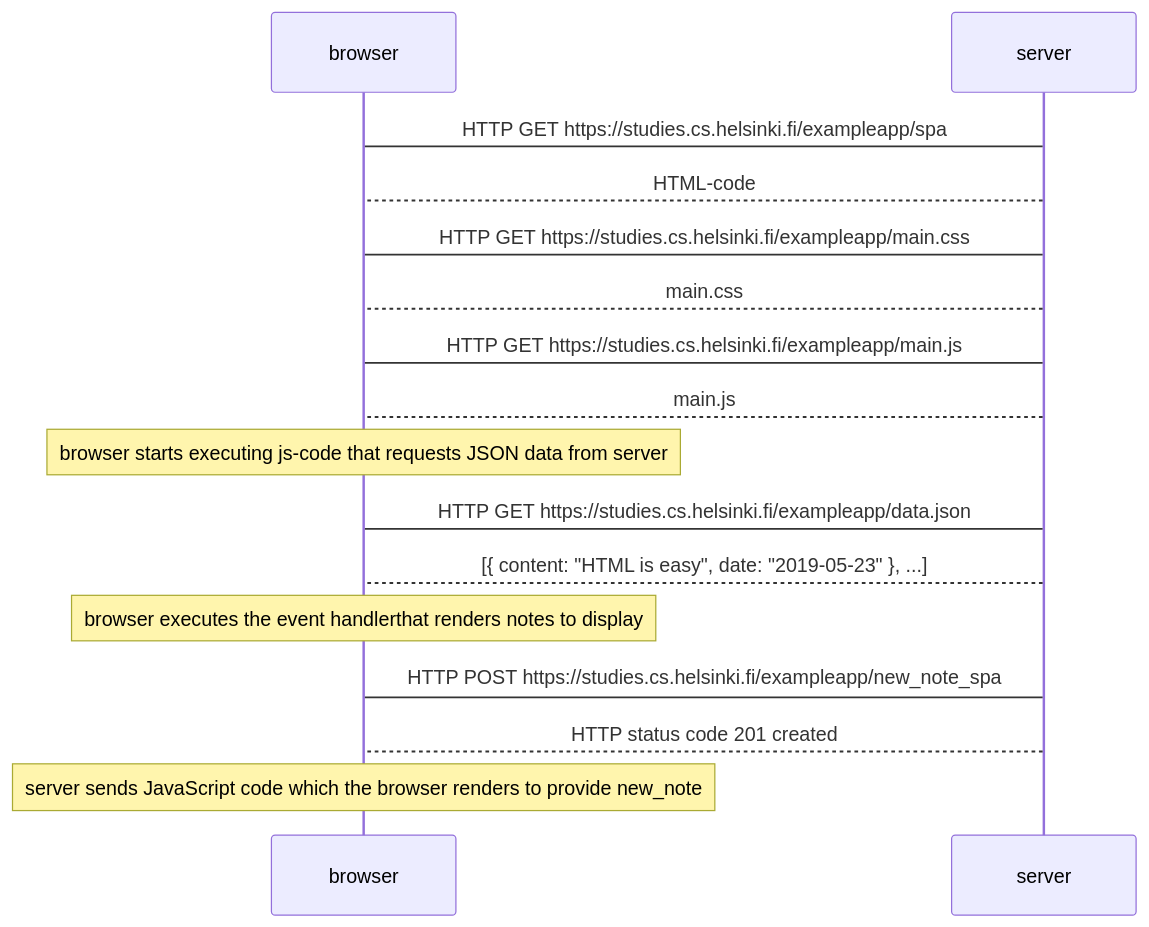
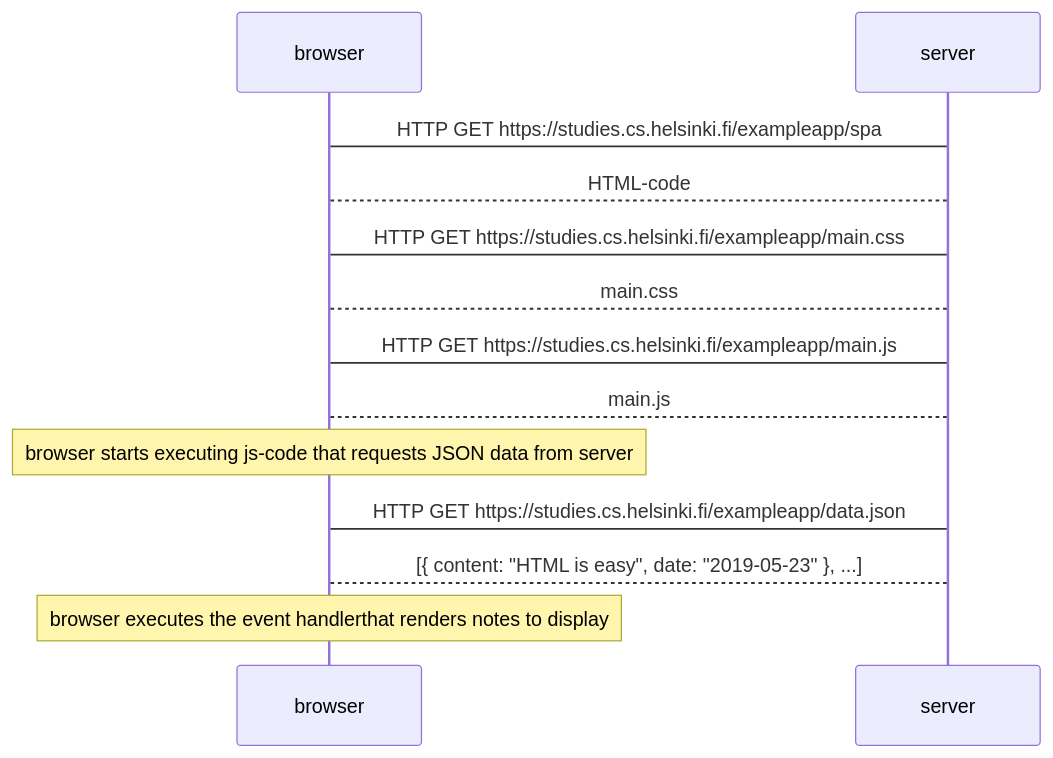
Before and after one commit to devpatel511/Full-Stack-open-2022: the diagram in part0/0.5.md, drawn with Mermaid.

````diff
--- a/part0/0.5.md
+++ b/part0/0.5.md
@@ -1,21 +1,16 @@
 ```mermaid
 sequenceDiagram
   browser->server: HTTP GET https://studies.cs.helsinki.fi/exampleapp/spa
   server-->browser: HTML-code
   browser->server: HTTP GET https://studies.cs.helsinki.fi/exampleapp/main.css
   server-->browser: main.css
   browser->server: HTTP GET https://studies.cs.helsinki.fi/exampleapp/main.js
   server-->browser: main.js
 
   note over browser: browser starts executing js-code that requests JSON data from server
 
   browser->server: HTTP GET https://studies.cs.helsinki.fi/exampleapp/data.json
   server-->browser: [{ content: "HTML is easy", date: "2019-05-23" }, ...]
 
   note over browser: browser executes the event handlerthat renders notes to display
-
-  browser->server: HTTP POST https://studies.cs.helsinki.fi/exampleapp/new_note_spa
-  server-->browser: HTTP status code 201 created
-
-  note over browser: server sends JavaScript code which the browser renders to provide new_note
 ```
````
